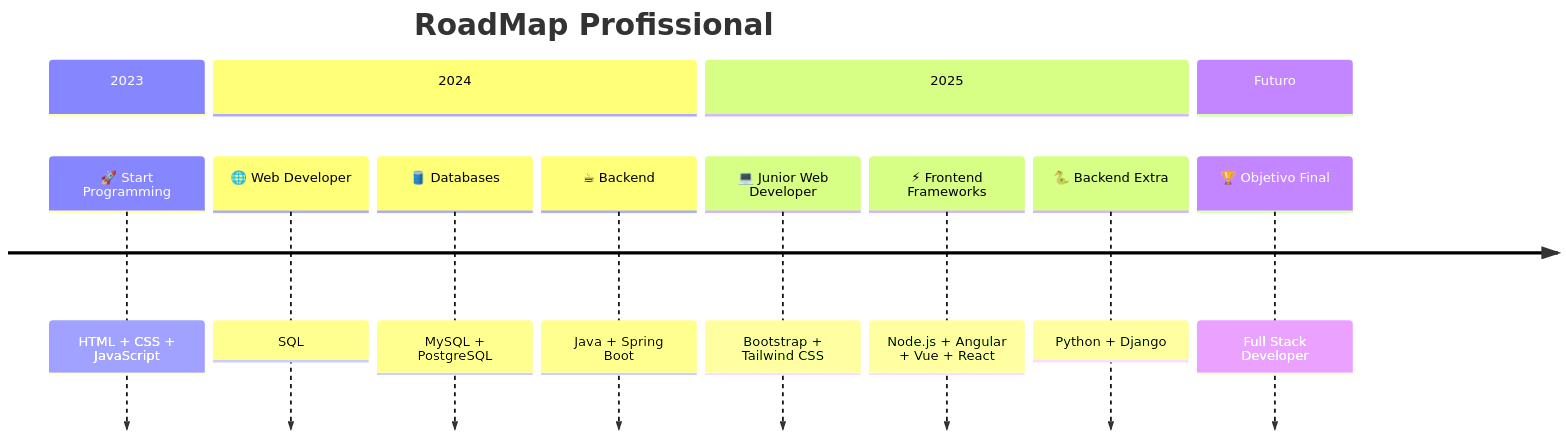
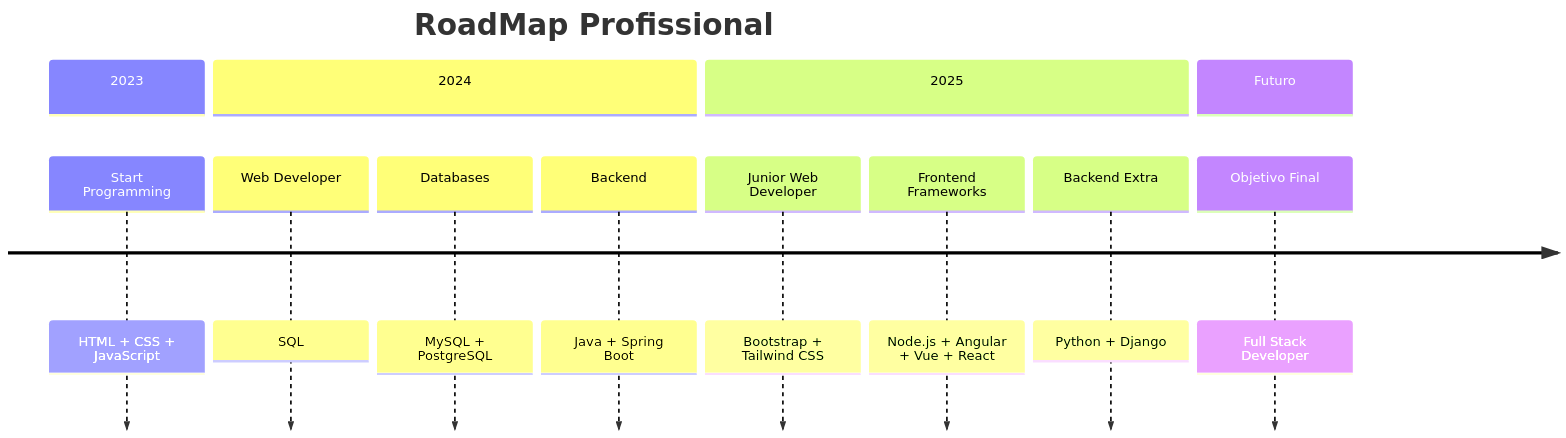
Before and after one commit to M4uroL/M4uroL: the diagram in README.md, drawn with Mermaid.

````diff
--- a/README.md
+++ b/README.md
@@ -217,16 +217,16 @@
 ```mermaid
 timeline
     title RoadMap Profissional
     section 2023
-      🚀 Start Programming : HTML + CSS + JavaScript
+      Start Programming : HTML + CSS + JavaScript
     section 2024
-      🌐 Web Developer : SQL
-      🛢️ Databases : MySQL + PostgreSQL
-      ☕ Backend : Java + Spring Boot
+      Web Developer : SQL
+      Databases : MySQL + PostgreSQL
+      Backend : Java + Spring Boot
     section 2025
-      💻 Junior Web Developer : Bootstrap + Tailwind CSS
-      ⚡ Frontend Frameworks : Node.js + Angular + Vue + React
-      🐍 Backend Extra : Python + Django
+      Junior Web Developer : Bootstrap + Tailwind CSS
+      Frontend Frameworks : Node.js + Angular + Vue + React
+      Backend Extra : Python + Django
     section Futuro
-      🏆 Objetivo Final : Full Stack Developer
+       Objetivo Final : Full Stack Developer
 ```
````
